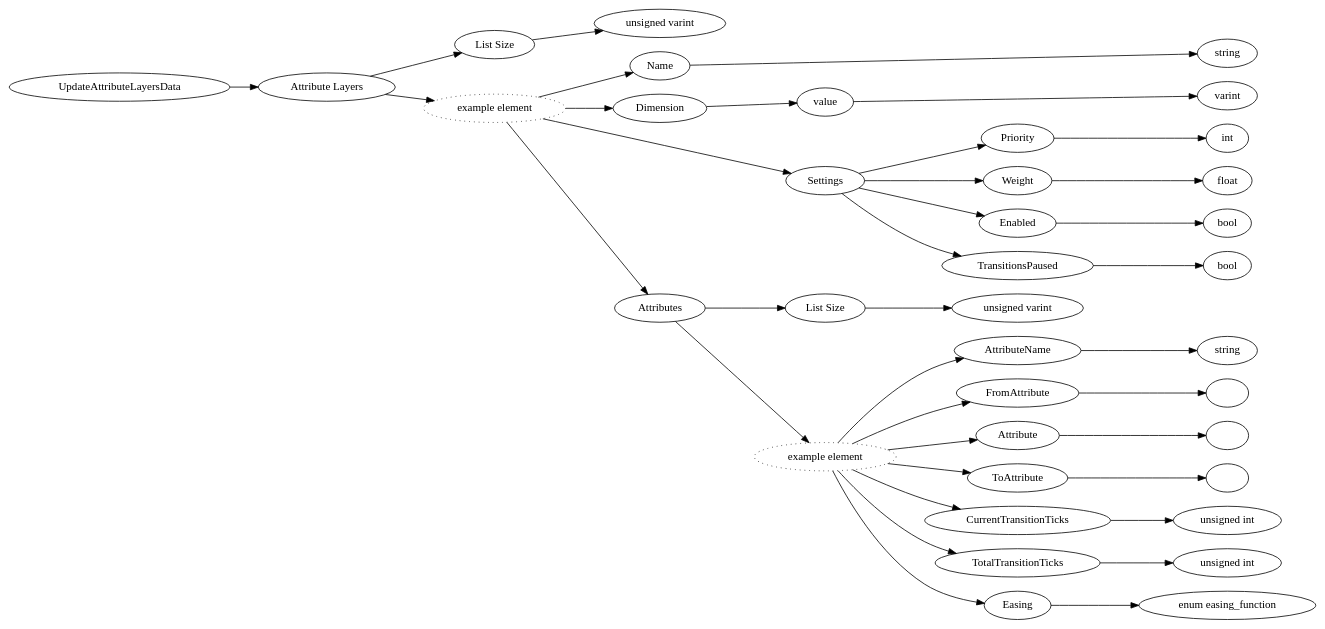
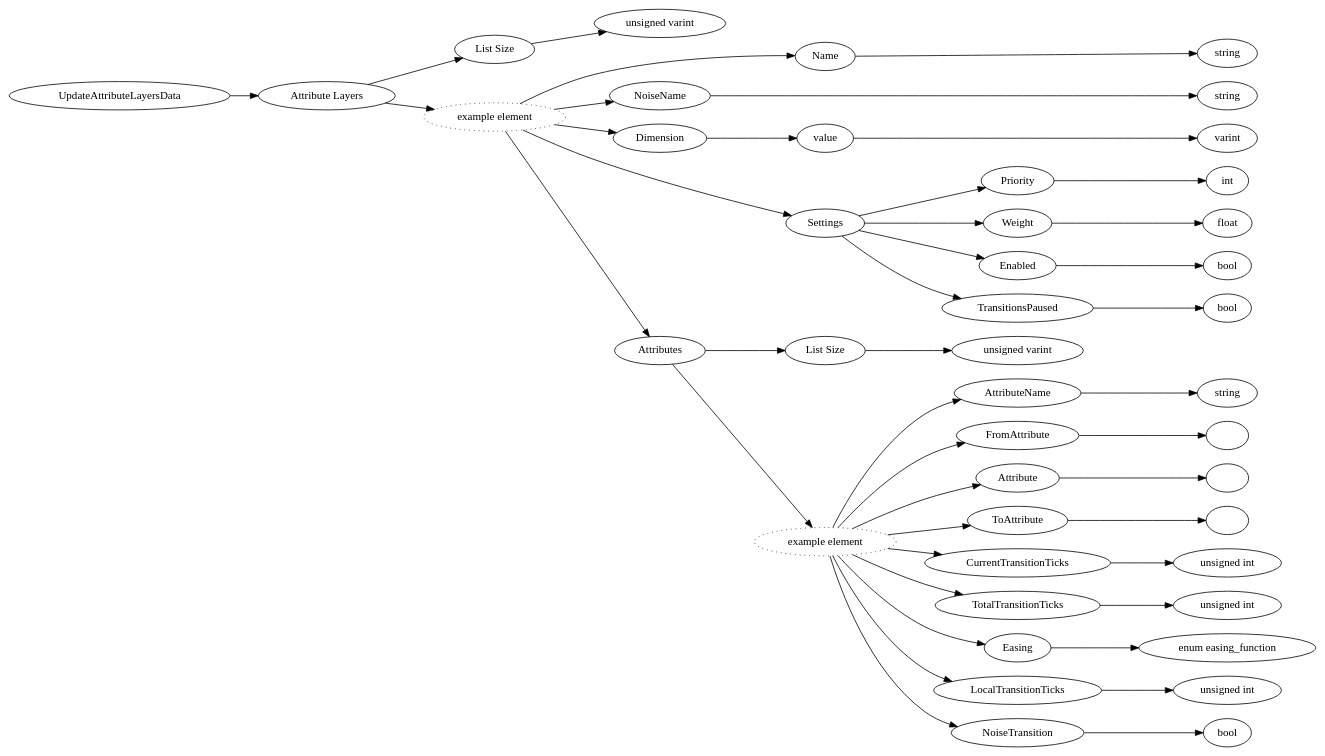
The diagram in dot/UpdateAttributeLayersData.dot (Mojang/bedrock-protocol-docs), drawn with Graphviz before and after one commit. The commit also changed 433 other files, not shown here.

```diff
--- a/dot/UpdateAttributeLayersData.dot
+++ b/dot/UpdateAttributeLayersData.dot
@@ -1,80 +1,92 @@
 digraph "UpdateAttributeLayersData" {
 rankdir = LR
 0
 0 -> 1
 1 -> 2
 2 -> 3
 1 -> 4
 4 -> 5
 5 -> 6
 4 -> 7
 7 -> 8
-8 -> 9
-4 -> 10
+4 -> 9
+9 -> 10
 10 -> 11
-11 -> 12
-10 -> 13
+4 -> 12
+12 -> 13
 13 -> 14
-10 -> 15
+12 -> 15
 15 -> 16
-10 -> 17
+12 -> 17
 17 -> 18
-4 -> 19
+12 -> 19
 19 -> 20
-20 -> 21
-19 -> 22
+4 -> 21
+21 -> 22
 22 -> 23
-23 -> 24
-22 -> 25
+21 -> 24
+24 -> 25
 25 -> 26
-22 -> 27
+24 -> 27
 27 -> 28
-22 -> 29
+24 -> 29
 29 -> 30
-22 -> 31
+24 -> 31
 31 -> 32
-22 -> 33
+24 -> 33
 33 -> 34
-22 -> 35
+24 -> 35
 35 -> 36
+24 -> 37
+37 -> 38
+24 -> 39
+39 -> 40
+24 -> 41
+41 -> 42
 
 0 [label="UpdateAttributeLayersData",comment="name: \"UpdateAttributeLayersData\", typeName: \"\", id: 0, branchId: 0, recurseId: -1, attributes: 0, notes: \"\""];
 1 [label="Attribute Layers",comment="name: \"Attribute Layers\", typeName: \"\", id: 1, branchId: 0, recurseId: -1, attributes: 0, notes: \"\""];
 2 [label="List Size",comment="name: \"List Size\", typeName: \"\", id: 2, branchId: 0, recurseId: -1, attributes: 0, notes: \"\""];
 3 [label="unsigned varint",comment="name: \"unsigned varint\", typeName: \"\", id: 3, branchId: 0, recurseId: -1, attributes: 0, notes: \"\""];
 4 [label="example element",style=dotted,comment="name: \"example element\", typeName: \"\", id: 4, branchId: 0, recurseId: -1, attributes: 16, notes: \"\""];
 5 [label="Name",comment="name: \"Name\", typeName: \"\", id: 5, branchId: 0, recurseId: -1, attributes: 0, notes: \"\""];
 6 [label="string",comment="name: \"string\", typeName: \"\", id: 6, branchId: 0, recurseId: -1, attributes: 512, notes: \"\""];
-7 [label="Dimension",comment="name: \"Dimension\", typeName: \"\", id: 7, branchId: 0, recurseId: -1, attributes: 0, notes: \"\""];
-8 [label="value",comment="name: \"value\", typeName: \"\", id: 8, branchId: 0, recurseId: -1, attributes: 0, notes: \"\""];
-9 [label="varint",comment="name: \"varint\", typeName: \"\", id: 9, branchId: 0, recurseId: -1, attributes: 512, notes: \"\""];
-10 [label="Settings",comment="name: \"Settings\", typeName: \"\", id: 10, branchId: 0, recurseId: -1, attributes: 0, notes: \"\""];
-11 [label="Priority",comment="name: \"Priority\", typeName: \"\", id: 11, branchId: 0, recurseId: -1, attributes: 0, notes: \"\""];
-12 [label="int",comment="name: \"int\", typeName: \"\", id: 12, branchId: 0, recurseId: -1, attributes: 512, notes: \"\""];
-13 [label="Weight",comment="name: \"Weight\", typeName: \"\", id: 13, branchId: 0, recurseId: -1, attributes: 0, notes: \"\""];
-14 [label="float",comment="name: \"float\", typeName: \"\", id: 14, branchId: 0, recurseId: -1, attributes: 512, notes: \"\""];
-15 [label="Enabled",comment="name: \"Enabled\", typeName: \"\", id: 15, branchId: 0, recurseId: -1, attributes: 0, notes: \"\""];
-16 [label="bool",comment="name: \"bool\", typeName: \"\", id: 16, branchId: 0, recurseId: -1, attributes: 512, notes: \"\""];
-17 [label="TransitionsPaused",comment="name: \"TransitionsPaused\", typeName: \"\", id: 17, branchId: 0, recurseId: -1, attributes: 0, notes: \"\""];
+7 [label="NoiseName",comment="name: \"NoiseName\", typeName: \"\", id: 7, branchId: 0, recurseId: -1, attributes: 0, notes: \"\""];
+8 [label="string",comment="name: \"string\", typeName: \"\", id: 8, branchId: 0, recurseId: -1, attributes: 512, notes: \"\""];
+9 [label="Dimension",comment="name: \"Dimension\", typeName: \"\", id: 9, branchId: 0, recurseId: -1, attributes: 0, notes: \"\""];
+10 [label="value",comment="name: \"value\", typeName: \"\", id: 10, branchId: 0, recurseId: -1, attributes: 0, notes: \"\""];
+11 [label="varint",comment="name: \"varint\", typeName: \"\", id: 11, branchId: 0, recurseId: -1, attributes: 512, notes: \"\""];
+12 [label="Settings",comment="name: \"Settings\", typeName: \"\", id: 12, branchId: 0, recurseId: -1, attributes: 0, notes: \"\""];
+13 [label="Priority",comment="name: \"Priority\", typeName: \"\", id: 13, branchId: 0, recurseId: -1, attributes: 0, notes: \"\""];
+14 [label="int",comment="name: \"int\", typeName: \"\", id: 14, branchId: 0, recurseId: -1, attributes: 512, notes: \"\""];
+15 [label="Weight",comment="name: \"Weight\", typeName: \"\", id: 15, branchId: 0, recurseId: -1, attributes: 0, notes: \"\""];
+16 [label="float",comment="name: \"float\", typeName: \"\", id: 16, branchId: 0, recurseId: -1, attributes: 512, notes: \"\""];
+17 [label="Enabled",comment="name: \"Enabled\", typeName: \"\", id: 17, branchId: 0, recurseId: -1, attributes: 0, notes: \"\""];
 18 [label="bool",comment="name: \"bool\", typeName: \"\", id: 18, branchId: 0, recurseId: -1, attributes: 512, notes: \"\""];
-19 [label="Attributes",comment="name: \"Attributes\", typeName: \"\", id: 19, branchId: 0, recurseId: -1, attributes: 0, notes: \"\""];
-20 [label="List Size",comment="name: \"List Size\", typeName: \"\", id: 20, branchId: 0, recurseId: -1, attributes: 0, notes: \"\""];
-21 [label="unsigned varint",comment="name: \"unsigned varint\", typeName: \"\", id: 21, branchId: 0, recurseId: -1, attributes: 0, notes: \"\""];
-22 [label="example element",style=dotted,comment="name: \"example element\", typeName: \"\", id: 22, branchId: 0, recurseId: -1, attributes: 16, notes: \"\""];
-23 [label="AttributeName",comment="name: \"AttributeName\", typeName: \"\", id: 23, branchId: 0, recurseId: -1, attributes: 0, notes: \"\""];
-24 [label="string",comment="name: \"string\", typeName: \"\", id: 24, branchId: 0, recurseId: -1, attributes: 512, notes: \"\""];
-25 [label="FromAttribute",comment="name: \"FromAttribute\", typeName: \"\", id: 25, branchId: 0, recurseId: -1, attributes: 0, notes: \"\""];
-26 [label="",comment="name: \"\", typeName: \"\", id: 26, branchId: 0, recurseId: -1, attributes: 512, notes: \"\""];
-27 [label="Attribute",comment="name: \"Attribute\", typeName: \"\", id: 27, branchId: 0, recurseId: -1, attributes: 0, notes: \"\""];
+19 [label="TransitionsPaused",comment="name: \"TransitionsPaused\", typeName: \"\", id: 19, branchId: 0, recurseId: -1, attributes: 0, notes: \"\""];
+20 [label="bool",comment="name: \"bool\", typeName: \"\", id: 20, branchId: 0, recurseId: -1, attributes: 512, notes: \"\""];
+21 [label="Attributes",comment="name: \"Attributes\", typeName: \"\", id: 21, branchId: 0, recurseId: -1, attributes: 0, notes: \"\""];
+22 [label="List Size",comment="name: \"List Size\", typeName: \"\", id: 22, branchId: 0, recurseId: -1, attributes: 0, notes: \"\""];
+23 [label="unsigned varint",comment="name: \"unsigned varint\", typeName: \"\", id: 23, branchId: 0, recurseId: -1, attributes: 0, notes: \"\""];
+24 [label="example element",style=dotted,comment="name: \"example element\", typeName: \"\", id: 24, branchId: 0, recurseId: -1, attributes: 16, notes: \"\""];
+25 [label="AttributeName",comment="name: \"AttributeName\", typeName: \"\", id: 25, branchId: 0, recurseId: -1, attributes: 0, notes: \"\""];
+26 [label="string",comment="name: \"string\", typeName: \"\", id: 26, branchId: 0, recurseId: -1, attributes: 512, notes: \"\""];
+27 [label="FromAttribute",comment="name: \"FromAttribute\", typeName: \"\", id: 27, branchId: 0, recurseId: -1, attributes: 0, notes: \"\""];
 28 [label="",comment="name: \"\", typeName: \"\", id: 28, branchId: 0, recurseId: -1, attributes: 512, notes: \"\""];
-29 [label="ToAttribute",comment="name: \"ToAttribute\", typeName: \"\", id: 29, branchId: 0, recurseId: -1, attributes: 0, notes: \"\""];
+29 [label="Attribute",comment="name: \"Attribute\", typeName: \"\", id: 29, branchId: 0, recurseId: -1, attributes: 0, notes: \"\""];
 30 [label="",comment="name: \"\", typeName: \"\", id: 30, branchId: 0, recurseId: -1, attributes: 512, notes: \"\""];
-31 [label="CurrentTransitionTicks",comment="name: \"CurrentTransitionTicks\", typeName: \"\", id: 31, branchId: 0, recurseId: -1, attributes: 0, notes: \"\""];
-32 [label="unsigned int",comment="name: \"unsigned int\", typeName: \"\", id: 32, branchId: 0, recurseId: -1, attributes: 512, notes: \"\""];
-33 [label="TotalTransitionTicks",comment="name: \"TotalTransitionTicks\", typeName: \"\", id: 33, branchId: 0, recurseId: -1, attributes: 0, notes: \"\""];
+31 [label="ToAttribute",comment="name: \"ToAttribute\", typeName: \"\", id: 31, branchId: 0, recurseId: -1, attributes: 0, notes: \"\""];
+32 [label="",comment="name: \"\", typeName: \"\", id: 32, branchId: 0, recurseId: -1, attributes: 512, notes: \"\""];
+33 [label="CurrentTransitionTicks",comment="name: \"CurrentTransitionTicks\", typeName: \"\", id: 33, branchId: 0, recurseId: -1, attributes: 0, notes: \"\""];
 34 [label="unsigned int",comment="name: \"unsigned int\", typeName: \"\", id: 34, branchId: 0, recurseId: -1, attributes: 512, notes: \"\""];
-35 [label="Easing",comment="name: \"Easing\", typeName: \"\", id: 35, branchId: 0, recurseId: -1, attributes: 0, notes: \"\""];
-36 [label="enum easing_function",comment="name: \"enum easing_function\", typeName: \"\", id: 36, branchId: 0, recurseId: -1, attributes: 512, notes: \"\""];
-{ rank = max;6;9;12;14;16;18;24;26;28;30;32;34;36}
+35 [label="TotalTransitionTicks",comment="name: \"TotalTransitionTicks\", typeName: \"\", id: 35, branchId: 0, recurseId: -1, attributes: 0, notes: \"\""];
+36 [label="unsigned int",comment="name: \"unsigned int\", typeName: \"\", id: 36, branchId: 0, recurseId: -1, attributes: 512, notes: \"\""];
+37 [label="Easing",comment="name: \"Easing\", typeName: \"\", id: 37, branchId: 0, recurseId: -1, attributes: 0, notes: \"\""];
+38 [label="enum easing_function",comment="name: \"enum easing_function\", typeName: \"\", id: 38, branchId: 0, recurseId: -1, attributes: 512, notes: \"\""];
+39 [label="LocalTransitionTicks",comment="name: \"LocalTransitionTicks\", typeName: \"\", id: 39, branchId: 0, recurseId: -1, attributes: 0, notes: \"\""];
+40 [label="unsigned int",comment="name: \"unsigned int\", typeName: \"\", id: 40, branchId: 0, recurseId: -1, attributes: 512, notes: \"\""];
+41 [label="NoiseTransition",comment="name: \"NoiseTransition\", typeName: \"\", id: 41, branchId: 0, recurseId: -1, attributes: 0, notes: \"\""];
+42 [label="bool",comment="name: \"bool\", typeName: \"\", id: 42, branchId: 0, recurseId: -1, attributes: 512, notes: \"\""];
+{ rank = max;6;8;11;14;16;18;20;26;28;30;32;34;36;38;40;42}
 
 }
```
